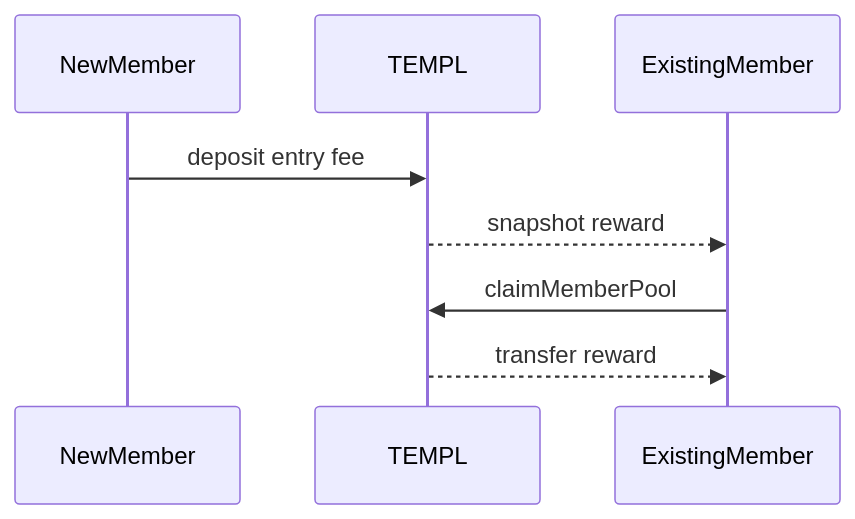
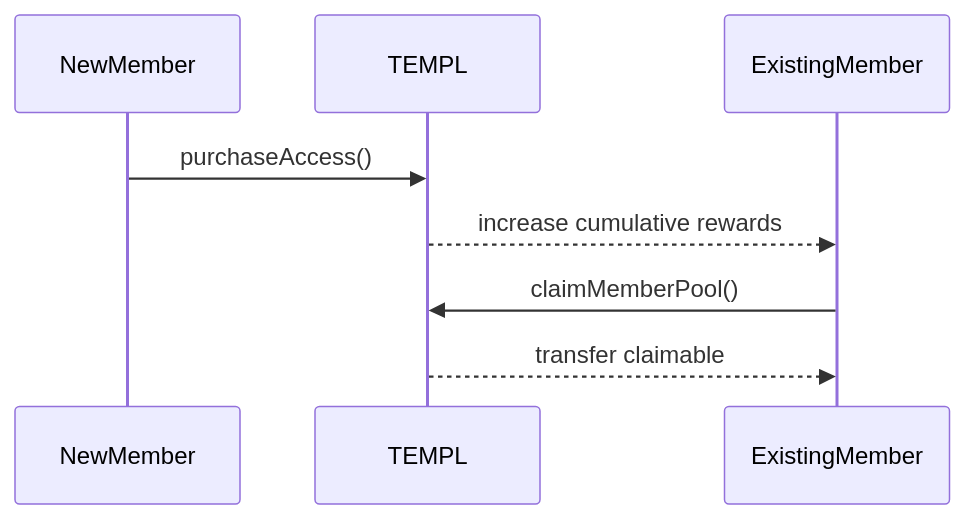
Before and after one commit to templ-fun/templ-evm-protocol: the first of 3 diagrams in CONTRACTS.md, drawn with Mermaid. The commit also changed other lines of this file and 10 other files, not shown here.

````diff
--- a/CONTRACTS.md
+++ b/CONTRACTS.md
@@ -25,10 +19,10 @@
 ```mermaid
 sequenceDiagram
     participant NewMember
     participant TEMPL
     participant ExistingMember
-    NewMember->>TEMPL: deposit entry fee
-    TEMPL-->>ExistingMember: snapshot reward
-    ExistingMember->>TEMPL: claimMemberPool
-    TEMPL-->>ExistingMember: transfer reward
+    NewMember->>TEMPL: purchaseAccess()
+    TEMPL-->>ExistingMember: increase cumulative rewards
+    ExistingMember->>TEMPL: claimMemberPool()
+    TEMPL-->>ExistingMember: transfer claimable
 ```
````
